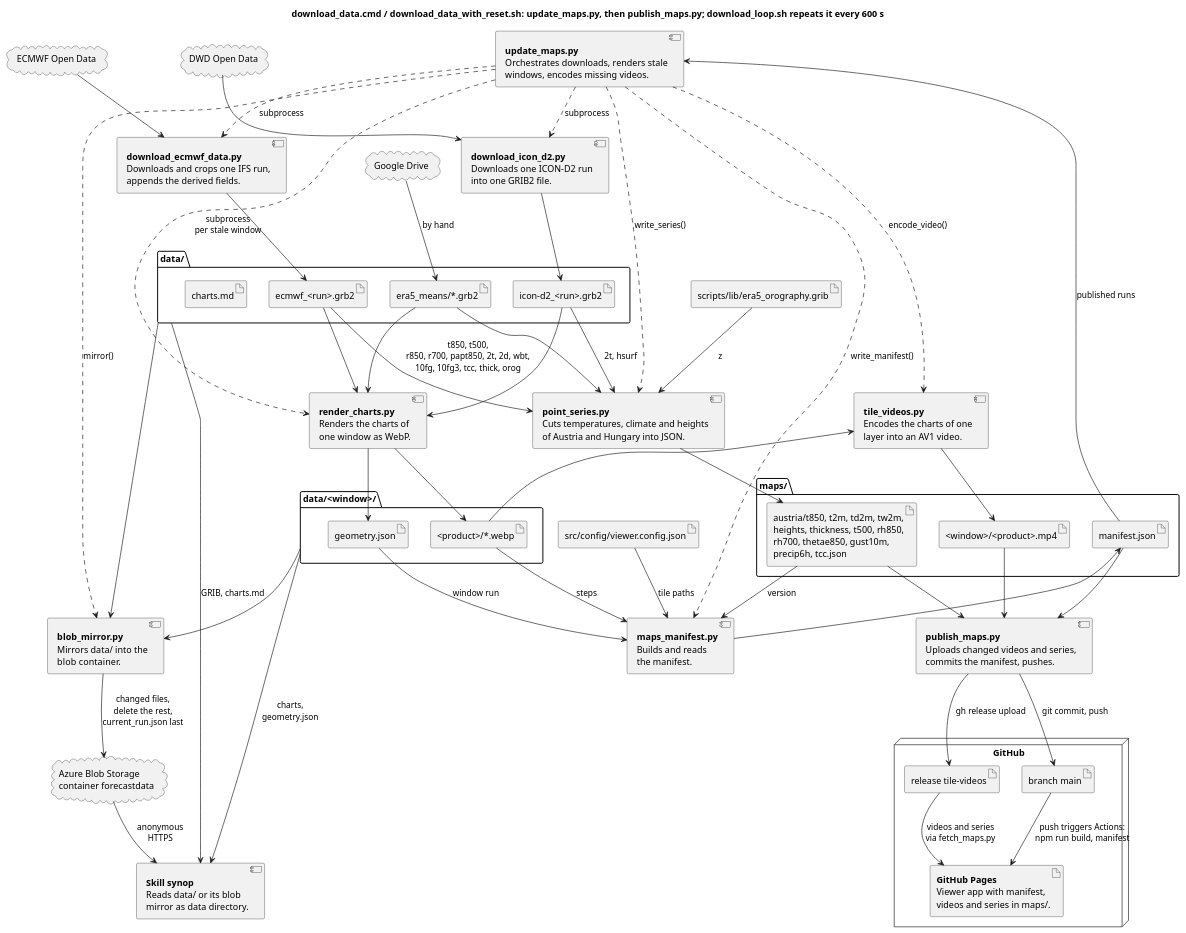
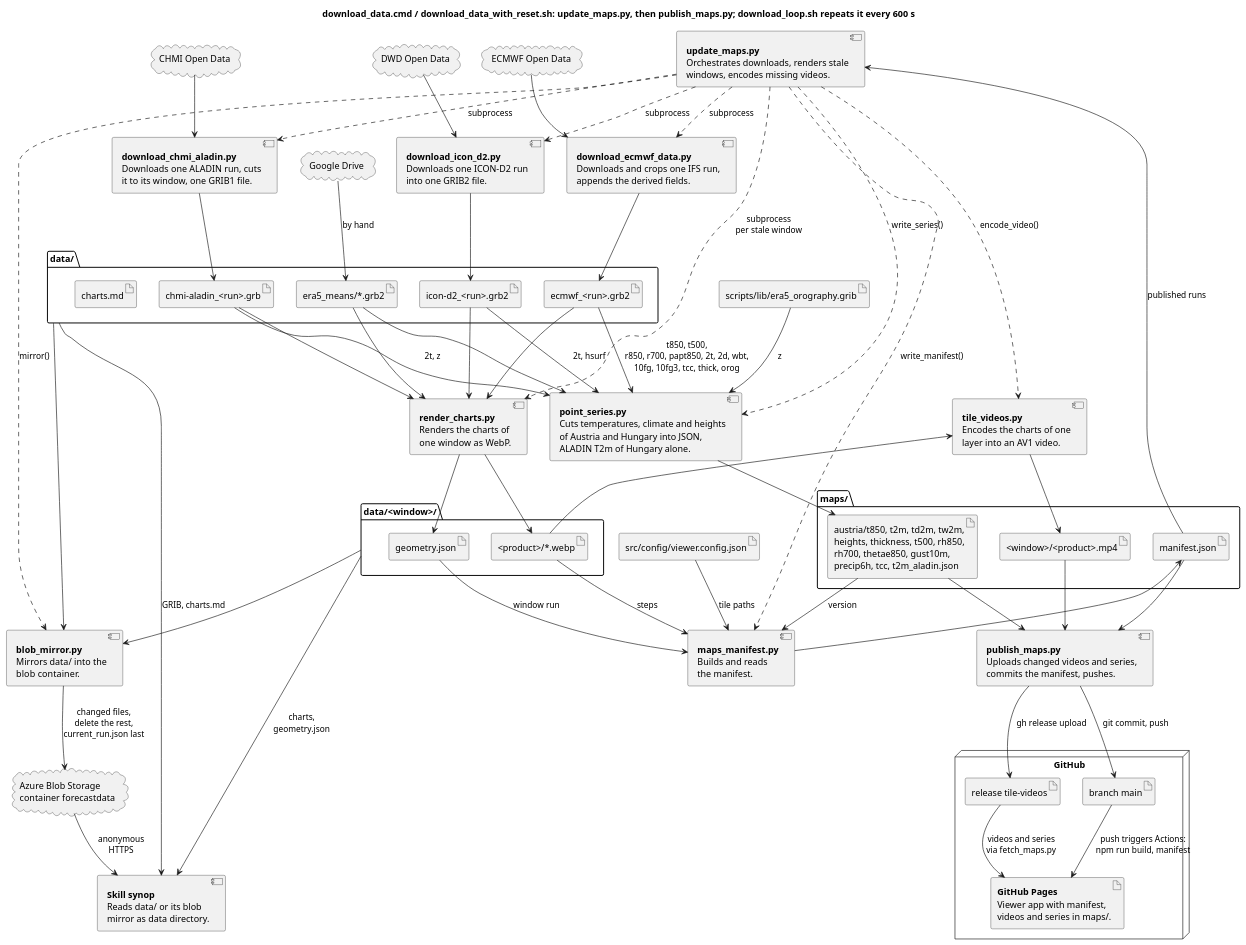
Before and after one commit to schletz/wetterkartenviewer: the first of 5 diagrams in REFERENCE.scripts.md, drawn with PlantUML. The commit also changed other lines of this file and 52 other files, not shown here.

First line of the commit message:
Add CHMI ALADIN maps for Austria and Hungary [skip ci]

```diff
--- a/REFERENCE.scripts.md
+++ b/REFERENCE.scripts.md
@@ -34,6 +35,7 @@
 title download_data.cmd / download_data_with_reset.sh: update_maps.py, then publish_maps.py; download_loop.sh repeats it every 600 s
 cloud "ECMWF Open Data" as ecmwf
 cloud "DWD Open Data" as dwd
+cloud "CHMI Open Data" as chmi
 cloud "Google Drive" as gdrive
 cloud "Azure Blob Storage\ncontainer forecastdata" as blob
 component update_maps [
@@ -51,6 +53,11 @@
  Downloads one ICON-D2 run
  into one GRIB2 file.
 ]
+component download_aladin [
+ **download_chmi_aladin.py**
+ Downloads one ALADIN run, cuts
+ it to its window, one GRIB1 file.
+]
 component render_charts [
  **render_charts.py**
  Renders the charts of
@@ -64,7 +71,8 @@
 component point_series [
  **point_series.py**
  Cuts temperatures, climate and heights
- of Austria and Hungary into JSON.
+ of Austria and Hungary into JSON,
+ ALADIN T2m of Hungary alone.
 ]
 component maps_manifest [
  **maps_manifest.py**
@@ -89,6 +97,7 @@
 folder "data/" as data_dir {
  artifact "ecmwf_<run>.grb2" as ecmwf_grib
  artifact "icon-d2_<run>.grb2" as icon_grib
+ artifact "chmi-aladin_<run>.grb" as aladin_grib
  artifact "era5_means/*.grb2" as era5
  artifact "charts.md" as charts_md
 }
@@ -98,7 +107,7 @@
 }
 folder "maps/" {
  artifact "<window>/<product>.mp4" as videos
- artifact "austria/t850, t2m, td2m, tw2m,\nheights, thickness, t500, rh850,\nrh700, thetae850, gust10m,\nprecip6h, tcc.json" as series
+ artifact "austria/t850, t2m, td2m, tw2m,\nheights, thickness, t500, rh850,\nrh700, thetae850, gust10m,\nprecip6h, tcc, t2m_aladin.json" as series
  artifact "manifest.json" as manifest
 }
 artifact "src/config/viewer.config.json" as config
@@ -114,6 +123,7 @@
 }
 update_maps ..> download_ecmwf : subprocess
 update_maps ..> download_icon : subprocess
+update_maps ..> download_aladin : subprocess
 update_maps ..> render_charts : subprocess\nper stale window
 update_maps ..> tile_videos : encode_video()
 update_maps ..> point_series : write_series()
@@ -121,11 +131,14 @@
 update_maps ..> blob_mirror : mirror()
 ecmwf --> download_ecmwf
 dwd --> download_icon
+chmi --> download_aladin
 gdrive --> era5 : by hand
 download_ecmwf --> ecmwf_grib
 download_icon --> icon_grib
+download_aladin --> aladin_grib
 ecmwf_grib --> render_charts
 icon_grib --> render_charts
+aladin_grib --> render_charts
 era5 --> render_charts
 render_charts --> charts
 render_charts --> geometry
@@ -133,6 +146,7 @@
 tile_videos --> videos
 ecmwf_grib --> point_series : t850, t500,\nr850, r700, papt850, 2t, 2d, wbt,\n10fg, 10fg3, tcc, thick, orog
 icon_grib --> point_series : 2t, hsurf
+aladin_grib --> point_series : 2t, z
 era5 --> point_series
 era5_orog --> point_series : z
 point_series --> series
```
